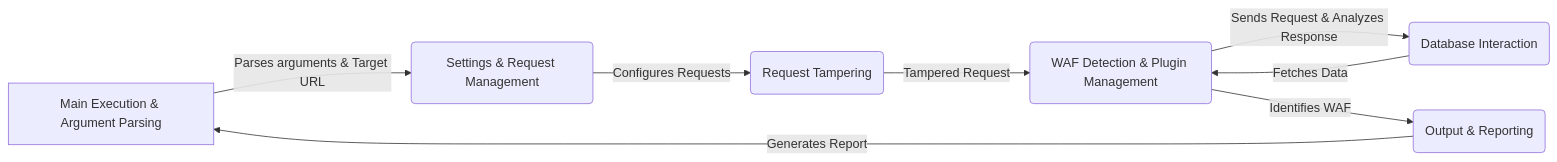
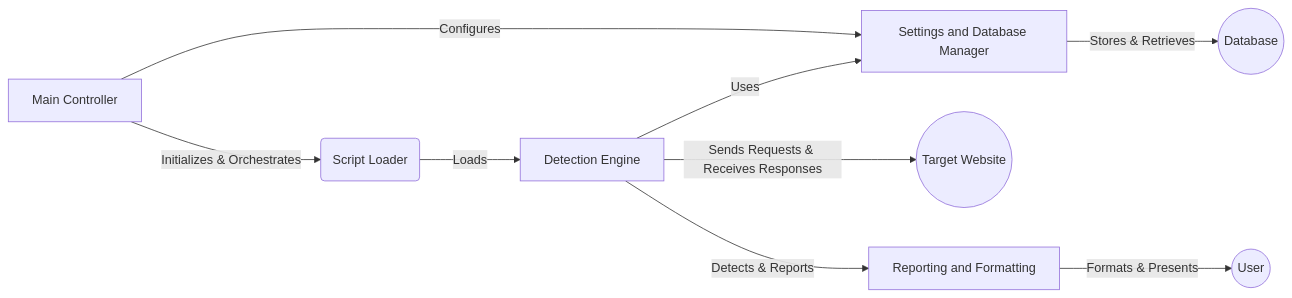
Before and after one commit to CodeBoarding/GeneratedOnBoardings: the diagram in WhatWaf/on_boarding.md, drawn with Mermaid. The commit also changed other lines of this file, not shown here.

Commit message:
Uploading onboarding materials for WhatWaf

````diff
--- a/WhatWaf/on_boarding.md
+++ b/WhatWaf/on_boarding.md
@@ -5,10 +5,13 @@
 ```mermaid
 graph LR
-    A[Main Execution & Argument Parsing] -- Parses arguments & Target URL --> B(Settings & Request Management)
-    B -- Configures Requests --> C(Request Tampering)
-    C -- Tampered Request --> D(WAF Detection & Plugin Management)
-    D -- Sends Request & Analyzes Response --> E(Database Interaction)
-    E -- Fetches Data --> D
-    D -- Identifies WAF --> F(Output & Reporting)
-    F -- Generates Report --> A
+    A[Main Controller] -- Initializes & Orchestrates --> B(Script Loader)
+    B -- Loads --> C[Detection Engine]
+    A -- Configures --> D[Settings and Database Manager]
+    C -- Uses --> D
+    C -- Sends Requests & Receives Responses --> E((Target Website))
+    C -- Detects & Reports --> F[Reporting and Formatting]
+    D -- Stores & Retrieves --> G((Database))
+    F -- Formats & Presents --> H((User))
+
+
 ```
````
